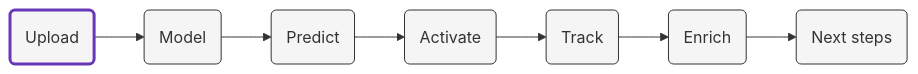
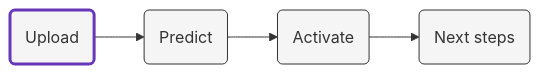
The diagram in content/upload/_index.md (snowplow/composable-cdp-with-predictive-ml-modeling-accelerator), drawn with Mermaid before and after one commit. The commit also changed 7 other files, not shown here.

```diff
--- a/content/upload/_index.md
+++ b/content/upload/_index.md
@@ -11,11 +11,8 @@
 {{<mermaid>}}
 flowchart LR
-    id1(Upload)-->id2(Model)-->id3(Predict)-->id4(Activate)-->id5(Track)-->id6(Enrich)-->id7(Next steps)
+    id1(Upload)-->id2(Predict)-->id3(Activate)-->id4(Next steps)
     style id1 fill:#f5f5f5,stroke:#6638B8,stroke-width:3px
     style id2 fill:#f5f5f5,stroke:#333,stroke-width:1px
     style id3 fill:#f5f5f5,stroke:#333,stroke-width:1px
     style id4 fill:#f5f5f5,stroke:#333,stroke-width:1px
-    style id5 fill:#f5f5f5,stroke:#333,stroke-width:1px
-    style id6 fill:#f5f5f5,stroke:#333,stroke-width:1px
-    style id7 fill:#f5f5f5,stroke:#333,stroke-width:1px
 {{</mermaid >}}
```
